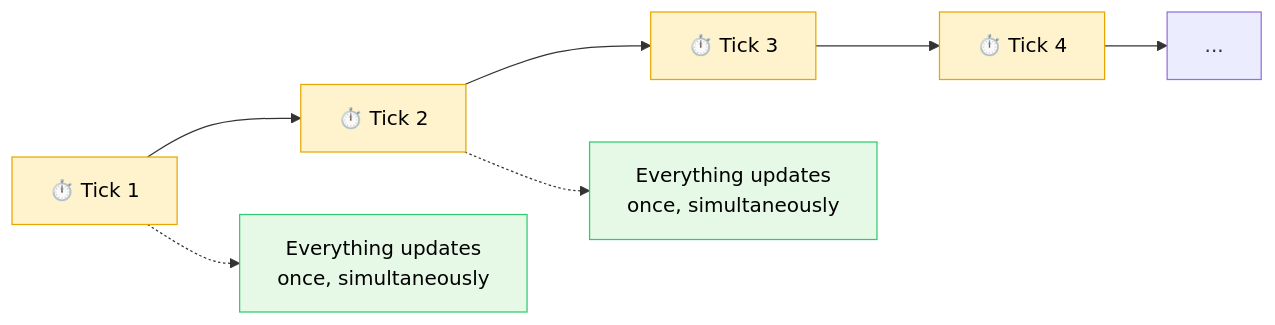
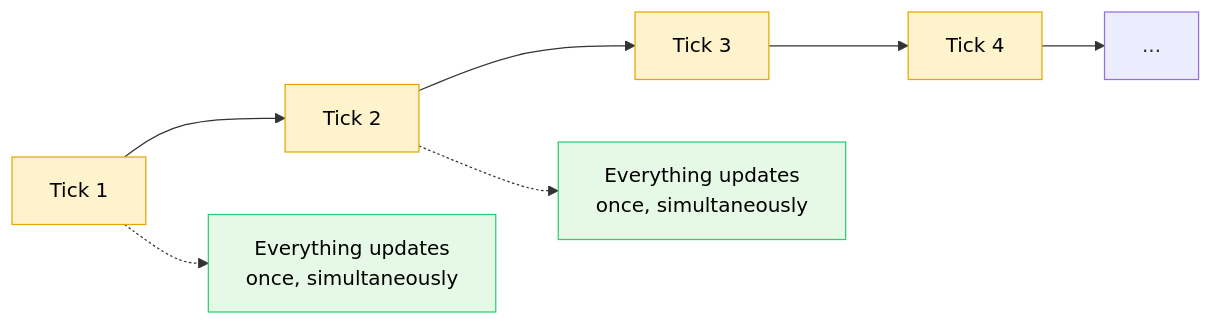
Diagram 11 of 30 in RISC-V/README.md (hjsanjana/rtl-design-practice), drawn with Mermaid before and after one commit. The commit also changed other lines of this file, not shown here.

````diff
--- a/RISC-V/README.md
+++ b/RISC-V/README.md
@@ -388,13 +341,13 @@
 ```mermaid
 flowchart LR
-    T1["⏱️ Tick 1"] --> T2["⏱️ Tick 2"] --> T3["⏱️ Tick 3"] --> T4["⏱️ Tick 4"] --> DOTS["..."]
+    T1["Tick 1"] --> T2["Tick 2"] --> T3["Tick 3"] --> T4["Tick 4"] --> DOTS["..."]
     T1 -.-> N1["Everything updates\nonce, simultaneously"]
     T2 -.-> N2["Everything updates\nonce, simultaneously"]
 
     style T1 fill:#fff3cd,stroke:#e6a700,color:#000
     style T2 fill:#fff3cd,stroke:#e6a700,color:#000
     style T3 fill:#fff3cd,stroke:#e6a700,color:#000
     style T4 fill:#fff3cd,stroke:#e6a700,color:#000
     style N1 fill:#e6f9e6,stroke:#2ecc71,color:#000
     style N2 fill:#e6f9e6,stroke:#2ecc71,color:#000
 ```
````
